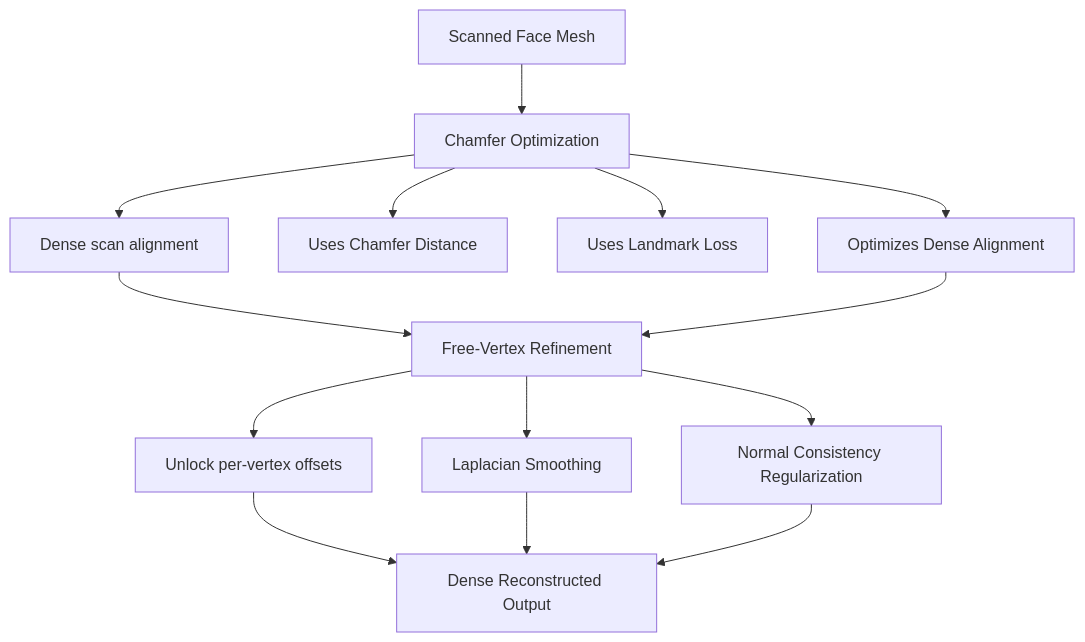
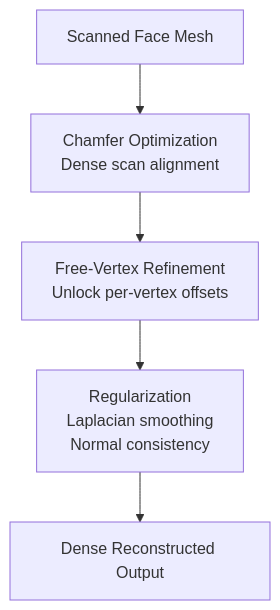
Before and after one commit to maxim8908/3DMM-ScanFitter: the diagram in README.md, drawn with Mermaid.

````diff
--- a/README.md
+++ b/README.md
@@ -18,28 +18,13 @@
 ```mermaid
 flowchart TD
     A[Scanned Face Mesh]
-    B[Chamfer Optimization]
-    B1[Dense scan alignment]
-    C[Uses Chamfer Distance]
-    D[Uses Landmark Loss]
-    E[Optimizes Dense Alignment]
-    F[Free-Vertex Refinement]
-    F1[Unlock per-vertex offsets]
-    G[Laplacian Smoothing]
-    H[Normal Consistency Regularization]
-    I[Dense Reconstructed Output]
+    B["Chamfer Optimization<br/>Dense scan alignment"]
+    C["Free-Vertex Refinement<br/>Unlock per-vertex offsets"]
+    D["Regularization<br/>Laplacian smoothing<br/>Normal consistency"]
+    E[Dense Reconstructed Output]
 
     A --> B
-    B --> B1
     B --> C
-    B --> D
-    B --> E
-    B1 --> F
-    E --> F
-    F --> F1
-    F --> G
-    F --> H
-    F1 --> I
-    G --> I
-    H --> I
+    C --> D
+    D --> E
 ```
````
